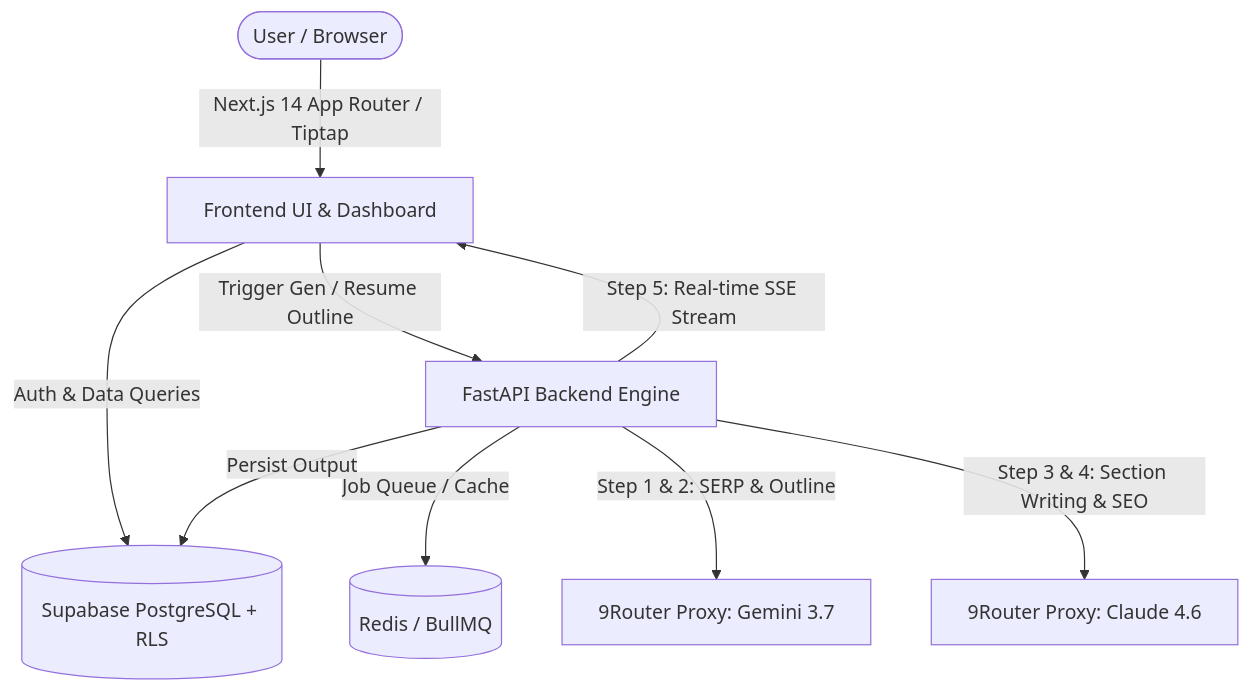
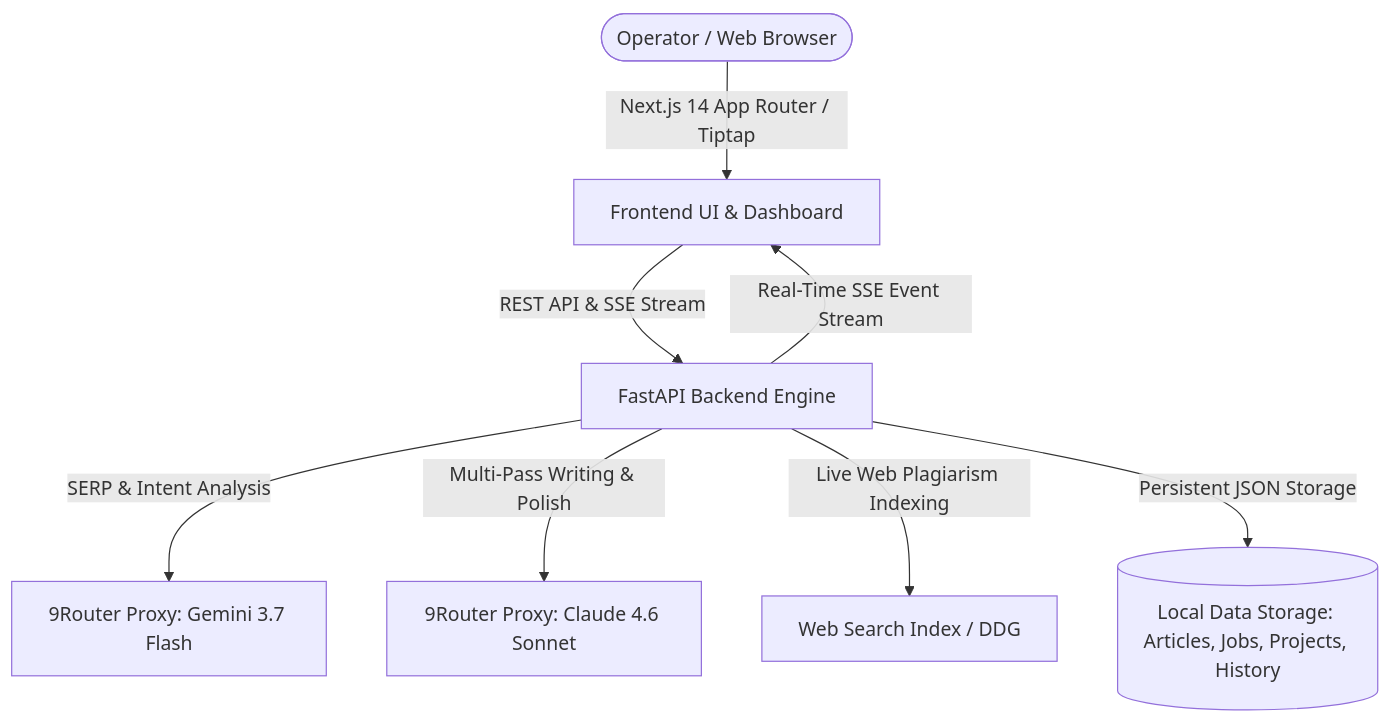
Before and after one commit to keefalegends/HariyukaAI: the diagram in README.md, drawn with Mermaid. The commit also changed other lines of this file, not shown here.

Commit message:
docs: update README with Yoast SOP, Anti-AI humanizer, Plagiarism & AI checker, and live terminal console

````diff
--- a/README.md
+++ b/README.md
@@ -29,13 +66,12 @@
 ```mermaid
 graph TD
-    User([User / Browser]) -->|Next.js 14 App Router / Tiptap| Frontend[Frontend UI & Dashboard]
-    Frontend -->|Auth & Data Queries| Supabase[(Supabase PostgreSQL + RLS)]
-    Frontend -->|Trigger Gen / Resume Outline| BackendAPI[FastAPI Backend Engine]
-    BackendAPI -->|Job Queue / Cache| RedisQueue[(Redis / BullMQ)]
+    User([Operator / Web Browser]) -->|Next.js 14 App Router / Tiptap| Frontend[Frontend UI & Dashboard]
+    Frontend -->|REST API & SSE Stream| BackendAPI[FastAPI Backend Engine]
     
-    BackendAPI -->|Step 1 & 2: SERP & Outline| NineRouterGemini[9Router Proxy: Gemini 3.7]
-    BackendAPI -->|Step 3 & 4: Section Writing & SEO| NineRouterClaude[9Router Proxy: Claude 4.6]
+    BackendAPI -->|SERP & Intent Analysis| NineRouterGemini[9Router Proxy: Gemini 3.7 Flash]
+    BackendAPI -->|Multi-Pass Writing & Polish| NineRouterClaude[9Router Proxy: Claude 4.6 Sonnet]
+    BackendAPI -->|Live Web Plagiarism Indexing| SearchIndex[Web Search Index / DDG]
     
-    BackendAPI -->|Step 5: Real-time SSE Stream| Frontend
-    BackendAPI -->|Persist Output| Supabase
+    BackendAPI -->|Persistent JSON Storage| DiskDB[(Local Data Storage: Articles, Jobs, Projects, History)]
+    BackendAPI -->|Real-Time SSE Event Stream| Frontend
 ```
````
